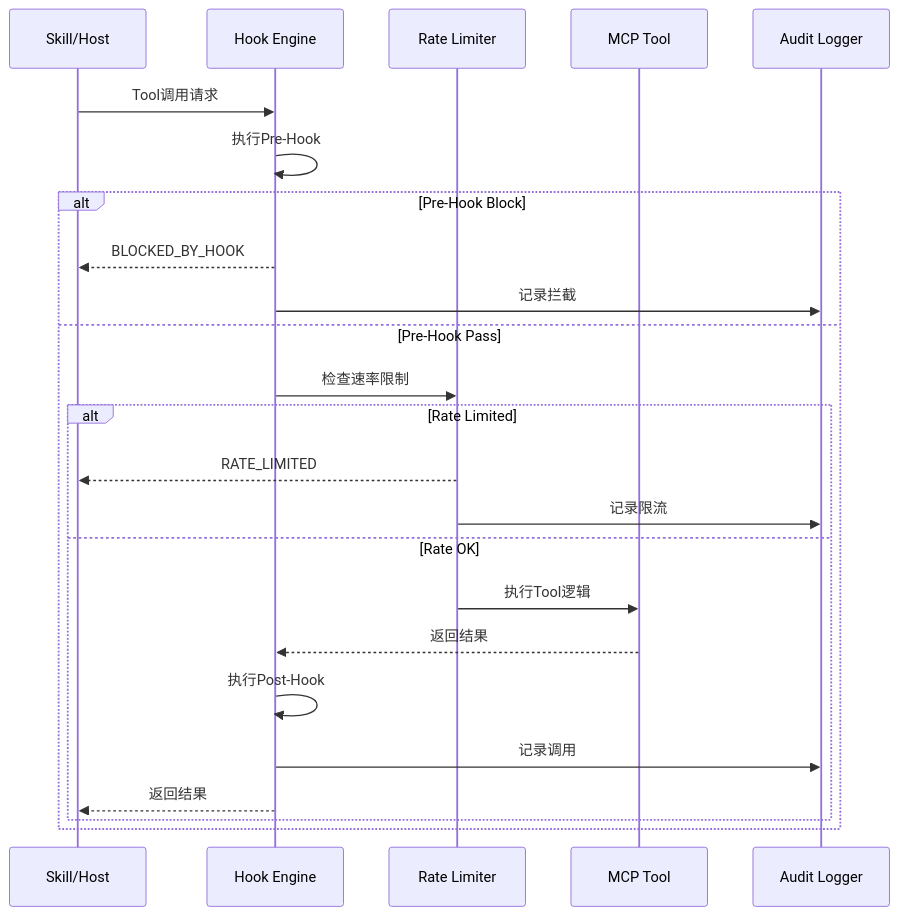
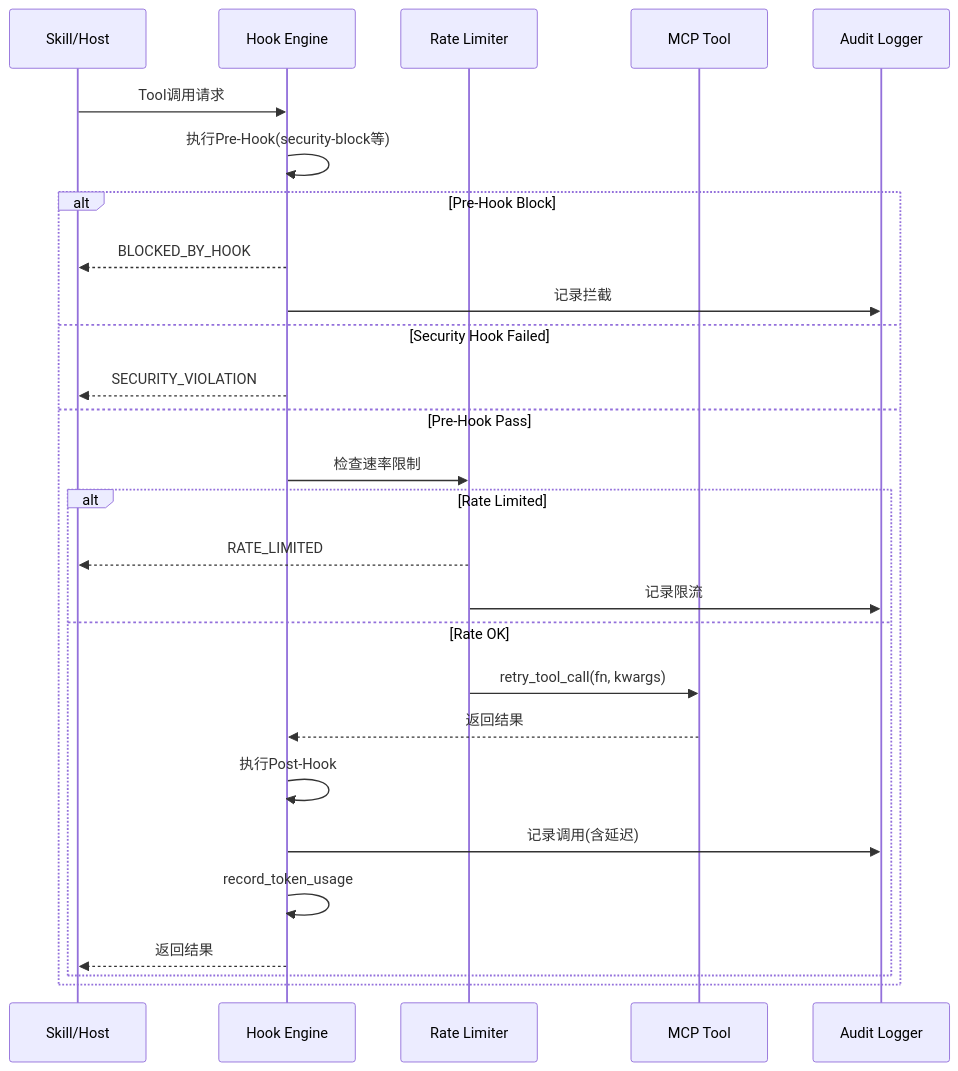
The first of 5 diagrams in docs/plan/MCP_REVIEW.md (xuanyuanchumo/xuansto), drawn with Mermaid before and after one commit. The commit also changed other lines of this file and 34 other files, not shown here.

````diff
--- a/docs/plan/MCP_REVIEW.md
+++ b/docs/plan/MCP_REVIEW.md
@@ -694,27 +768,30 @@
 ```mermaid
 sequenceDiagram
     participant Client as Skill/Host
     participant Hook as Hook Engine
     participant Rate as Rate Limiter
     participant Tool as MCP Tool
     participant Audit as Audit Logger
 
     Client->>Hook: Tool调用请求
-    Hook->>Hook: 执行Pre-Hook
+    Hook->>Hook: 执行Pre-Hook(security-block等)
     alt Pre-Hook Block
         Hook-->>Client: BLOCKED_BY_HOOK
         Hook->>Audit: 记录拦截
+    else Security Hook Failed
+        Hook-->>Client: SECURITY_VIOLATION
     else Pre-Hook Pass
         Hook->>Rate: 检查速率限制
         alt Rate Limited
             Rate-->>Client: RATE_LIMITED
             Rate->>Audit: 记录限流
         else Rate OK
-            Rate->>Tool: 执行Tool逻辑
+            Rate->>Tool: retry_tool_call(fn, kwargs)
             Tool-->>Hook: 返回结果
             Hook->>Hook: 执行Post-Hook
-            Hook->>Audit: 记录调用
+            Hook->>Audit: 记录调用(含延迟)
+            Hook->>Hook: record_token_usage
             Hook-->>Client: 返回结果
         end
     end
 ```
````
